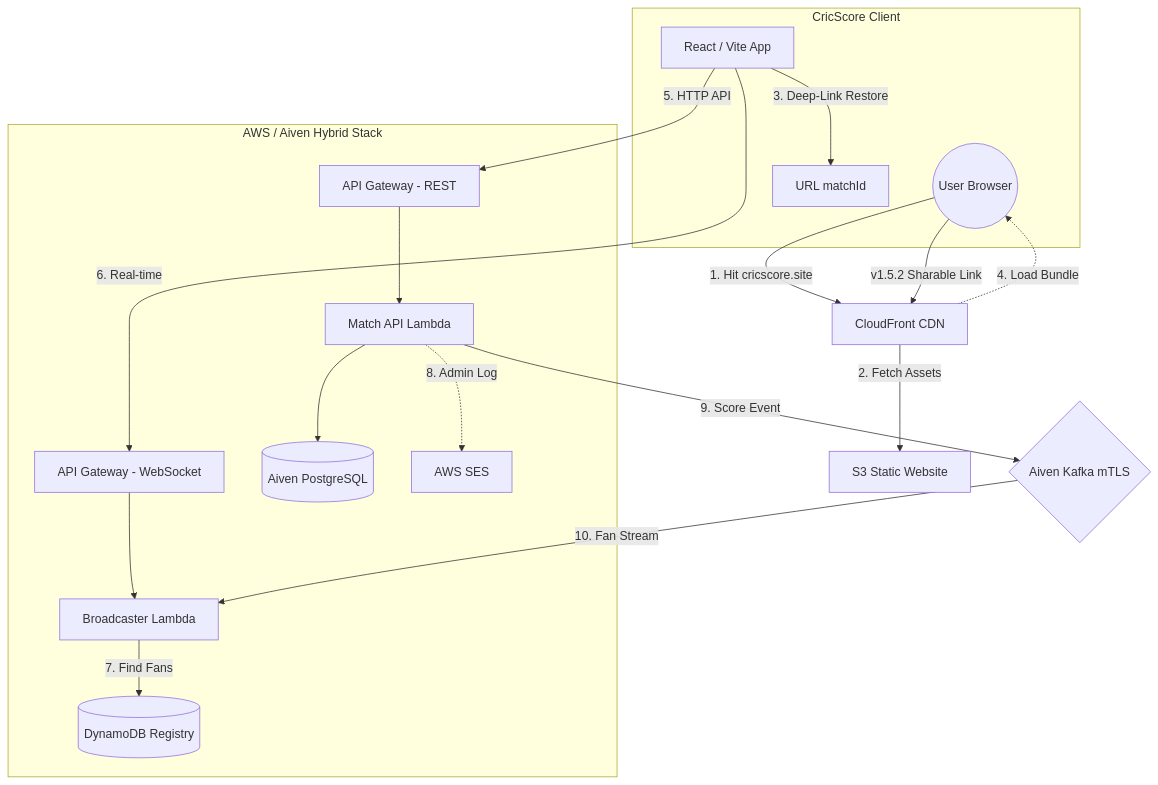
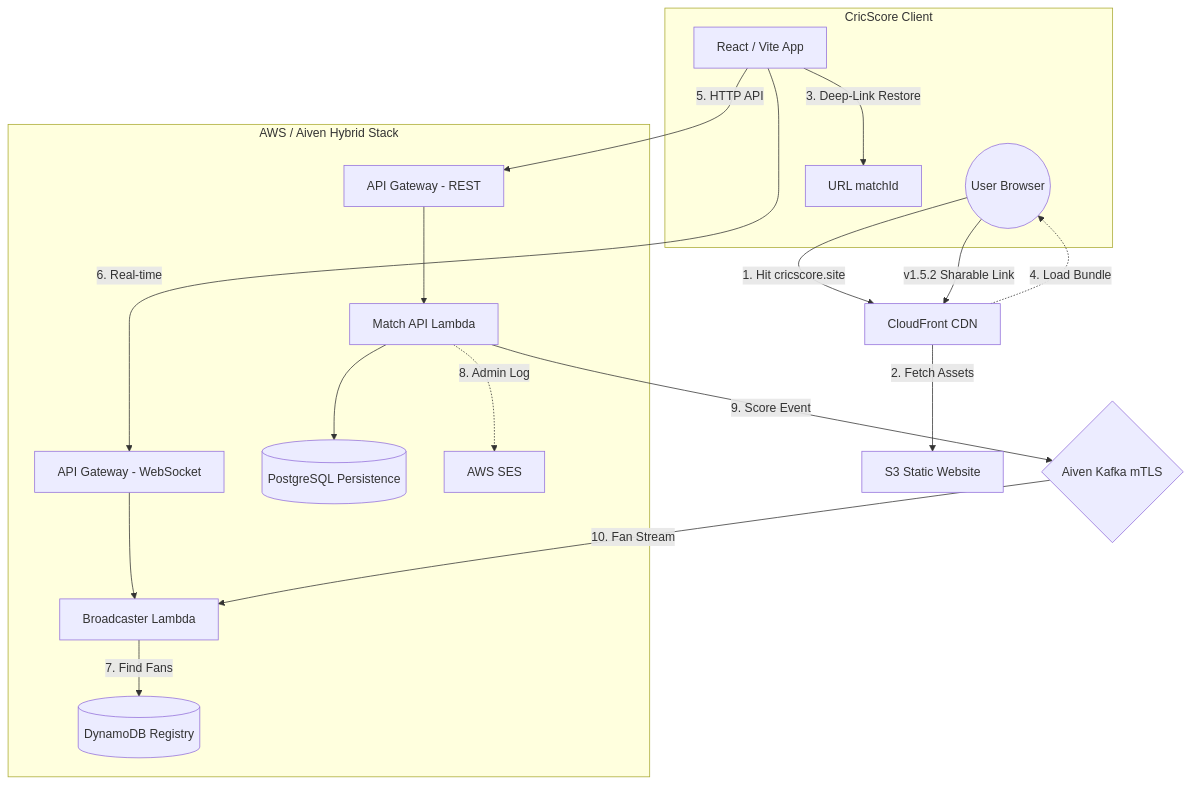
Before and after one commit to venkatesh-singamsetty/cric-score: the diagram in README.md, drawn with Mermaid. The commit also changed other lines of this file and 8 other files, not shown here.

````diff
--- a/README.md
+++ b/README.md
@@ -27,28 +29,28 @@
 ```mermaid
 graph TD
     User((User Browser)) -->|1. Hit cricscore.site| CF[CloudFront CDN]
     User -->|v1.5.2 Sharable Link| CF
     CF -->|2. Fetch Assets| S3[S3 Static Website]
     
     subgraph Browser_Environment [CricScore Client]
         User
         React[React / Vite App]
         React -->|3. Deep-Link Restore| AppID[URL matchId]
     end
     
     CF -.->|4. Load Bundle| User
     React -->|5. HTTP API| APIGW_REST[API Gateway - REST]
     React -->|6. Real-time| APIGW_WS[API Gateway - WebSocket]
     
     subgraph Backend_Cloud [AWS / Aiven Hybrid Stack]
         APIGW_REST --> Lambda_API[Match API Lambda]
         APIGW_WS --> Lambda_WS[Broadcaster Lambda]
         
-        Lambda_API --> PG[(Aiven PostgreSQL)]
+        Lambda_API --> PG[(PostgreSQL Persistence)]
         Lambda_WS -->|7. Find Fans| DDB[(DynamoDB Registry)]
         Lambda_API -.->|8. Admin Log| SES[AWS SES]
     end
     
     Lambda_API -->|9. Score Event| Kafka{Aiven Kafka mTLS}
     Kafka -->|10. Fan Stream| Lambda_WS
 ```
````
